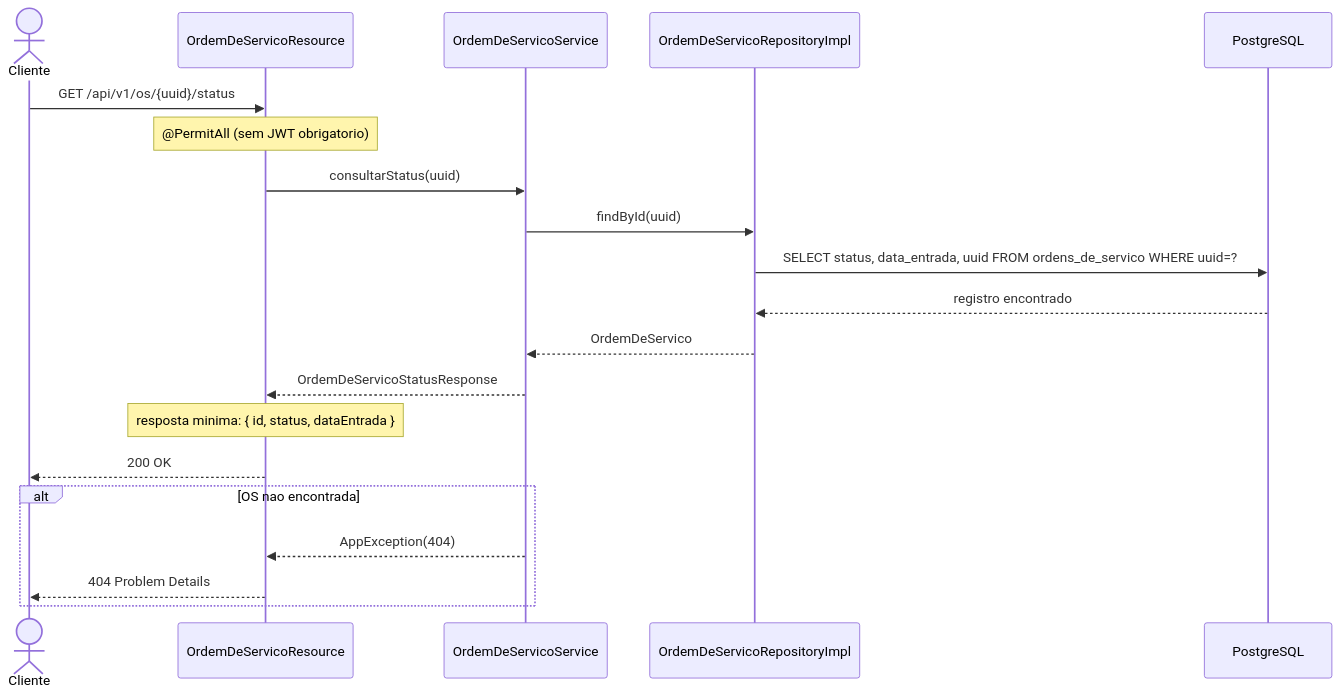
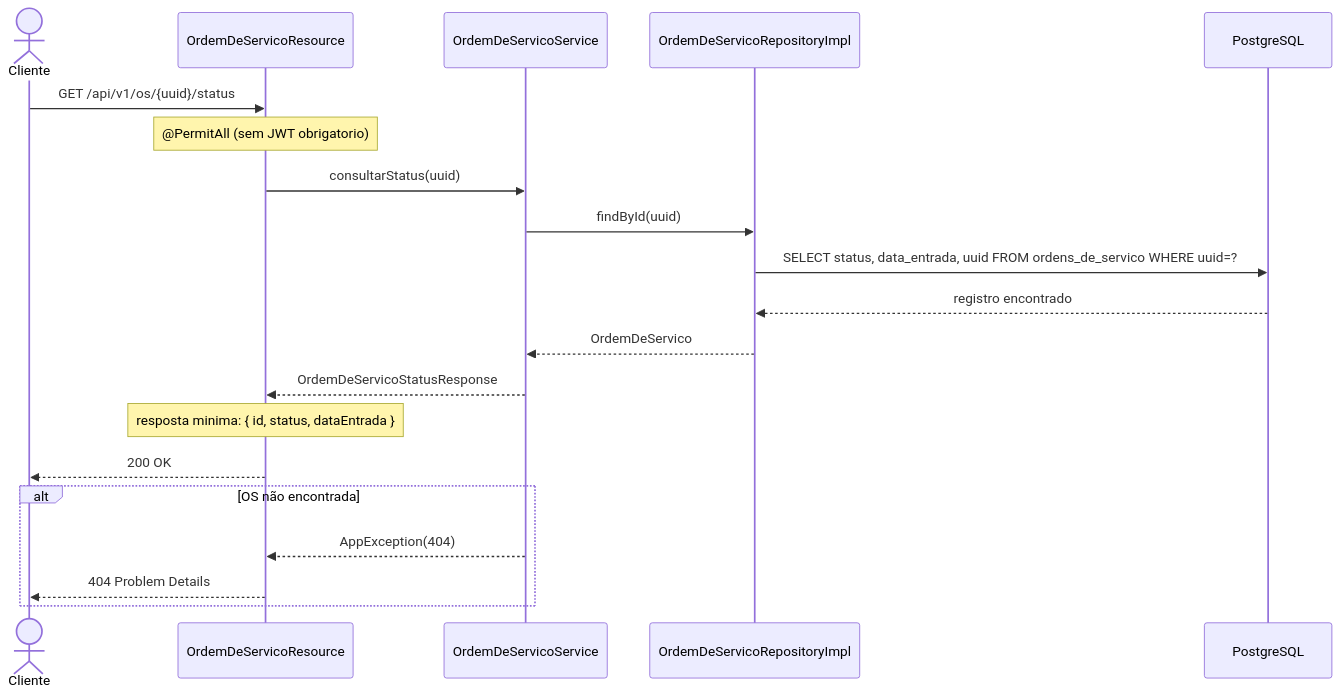
The diagram in docs/sequence-diagrams/consulta-publica-status.md (FIAP-SOFTWARE-ARCHITECTURE-TEAM/Mekano-API), drawn with Mermaid before and after one commit.

Commit message:
fix: Potential fix for pull request finding

````diff
--- a/docs/sequence-diagrams/consulta-publica-status.md
+++ b/docs/sequence-diagrams/consulta-publica-status.md
@@ -5,26 +5,26 @@
 ```mermaid
 sequenceDiagram
     actor Cliente
     participant API as OrdemDeServicoResource
     participant App as OrdemDeServicoService
     participant Repo as OrdemDeServicoRepositoryImpl
     participant DB as PostgreSQL
 
     Cliente->>API: GET /api/v1/os/{uuid}/status
     Note over API: @PermitAll (sem JWT obrigatorio)
 
     API->>App: consultarStatus(uuid)
     App->>Repo: findById(uuid)
     Repo->>DB: SELECT status, data_entrada, uuid FROM ordens_de_servico WHERE uuid=?
     DB-->>Repo: registro encontrado
     Repo-->>App: OrdemDeServico
 
     App-->>API: OrdemDeServicoStatusResponse
     Note over API: resposta minima: { id, status, dataEntrada }
     API-->>Cliente: 200 OK
 
-    alt OS nao encontrada
+    alt OS não encontrada
         App-->>API: AppException(404)
         API-->>Cliente: 404 Problem Details
     end
 ```
````
